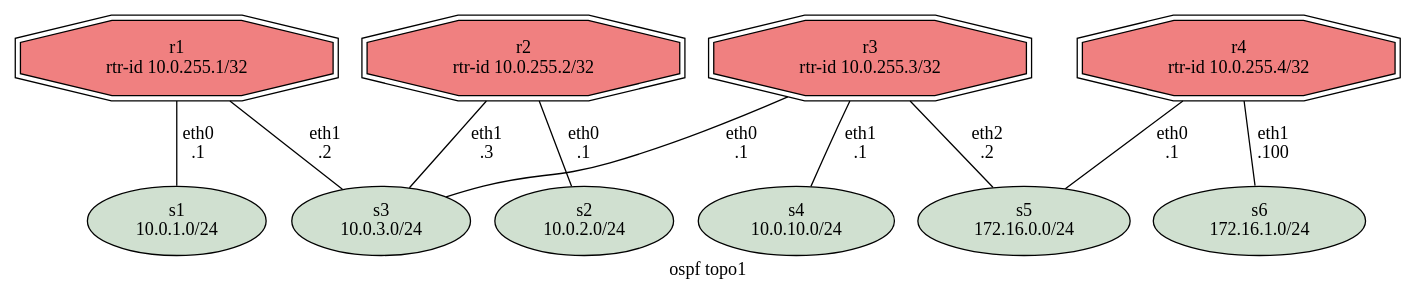
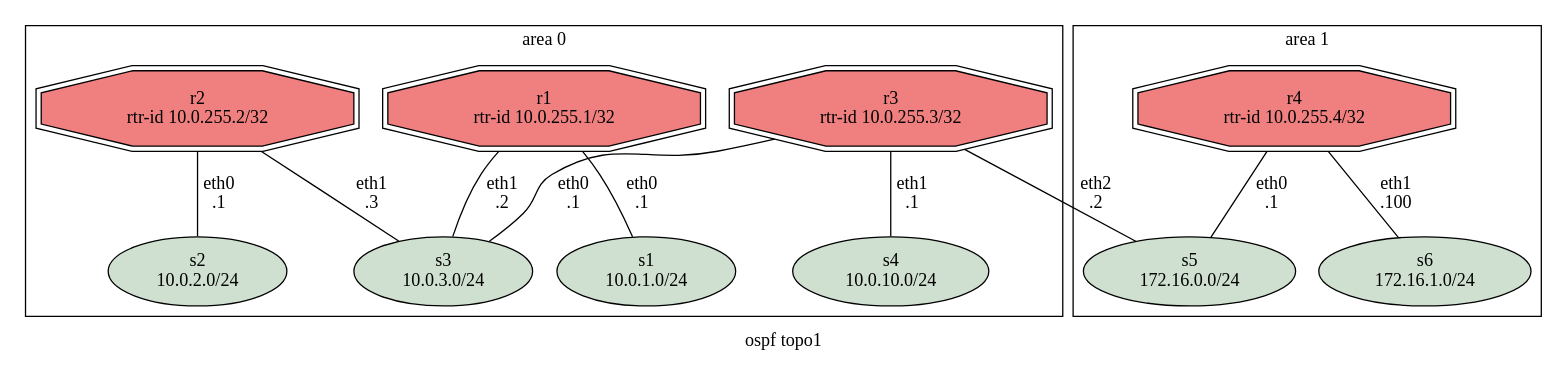
Before and after one commit to FRRouting/topotests: the diagram in ospf-topo1/test_ospf_topo1.dot, drawn with Graphviz. The commit also changed 1 other file, not shown here.

```diff
--- a/ospf-topo1/test_ospf_topo1.dot
+++ b/ospf-topo1/test_ospf_topo1.dot
@@ -1,95 +1,104 @@
 ## Color coding:
 #########################
 ##  Main FRR: #f08080  red
 ##  Switches: #d0e0d0  gray
 ##  RIP:      #19e3d9  Cyan
 ##  RIPng:    #fcb314  dark yellow
 ##  OSPFv2:   #32b835  Green
 ##  OSPFv3:   #19e3d9  Cyan
 ##  ISIS IPv4 #fcb314  dark yellow
 ##  ISIS IPv6 #9a81ec  purple
 ##  BGP IPv4  #eee3d3  beige
 ##  BGP IPv6  #fdff00  yellow
 ##### Colors (see http://www.color-hex.com/)
 
 graph ospf_topo1 {
 	label="ospf topo1";
 
 	# Routers
 	r1 [
 		label="r1\nrtr-id 10.0.255.1/32",
 		shape=doubleoctagon,
 		fillcolor="#f08080",
 		style=filled,
 	];
 	r2 [
 		label="r2\nrtr-id 10.0.255.2/32",
 		shape=doubleoctagon,
 		fillcolor="#f08080",
 		style=filled,
 	];
 	r3 [
 		label="r3\nrtr-id 10.0.255.3/32",
 		shape=doubleoctagon,
 		fillcolor="#f08080",
 		style=filled,
 	];
 	r4 [
 		label="r4\nrtr-id 10.0.255.4/32",
 		shape=doubleoctagon,
 		fillcolor="#f08080",
 		style=filled,
 	];
 
 	# Switches
 	s1 [
 		label="s1\n10.0.1.0/24",
 		shape=oval,
 		fillcolor="#d0e0d0",
 		style=filled,
 	];
 	s2 [
 		label="s2\n10.0.2.0/24",
 		shape=oval,
 		fillcolor="#d0e0d0",
 		style=filled,
 	];
 	s3 [
 		label="s3\n10.0.3.0/24",
 		shape=oval,
 		fillcolor="#d0e0d0",
 		style=filled,
 	];
 	s4 [
 		label="s4\n10.0.10.0/24",
 		shape=oval,
 		fillcolor="#d0e0d0",
 		style=filled,
 	];
 	s5 [
 		label="s5\n172.16.0.0/24",
 		shape=oval,
 		fillcolor="#d0e0d0",
 		style=filled,
 	];
 	s6 [
 		label="s6\n172.16.1.0/24",
 		shape=oval,
 		fillcolor="#d0e0d0",
 		style=filled,
 	];
 
 	# Connections
-	r1 -- s1 [label="eth0\n.1"];
-	r1 -- s3 [label="eth1\n.2"];
+  subgraph cluster0 {
+    label="area 0"
 
-	r2 -- s2 [label="eth0\n.1"];
-	r2 -- s3 [label="eth1\n.3"];
+    r1 -- s1 [label="eth0\n.1"];
+	  r1 -- s3 [label="eth1\n.2"];
 
-	r3 -- s3 [label="eth0\n.1"];
-	r3 -- s4 [label="eth1\n.1"];
-	r3 -- s5 [label="eth2\n.2"];
+	  r2 -- s2 [label="eth0\n.1"];
+	  r2 -- s3 [label="eth1\n.3"];
 
-	r4 -- s5 [label="eth0\n.1"];
-	r4 -- s6 [label="eth1\n.100"];
+	  r3 -- s3 [label="eth0\n.1"];
+	  r3 -- s4 [label="eth1\n.1"];
+  }
+
+  subgraph cluster1 {
+    label="area 1"
+
+	  r3 -- s5 [label="eth2\n.2"];
+
+	  r4 -- s5 [label="eth0\n.1"];
+	  r4 -- s6 [label="eth1\n.100"];
+  }
 }
```
